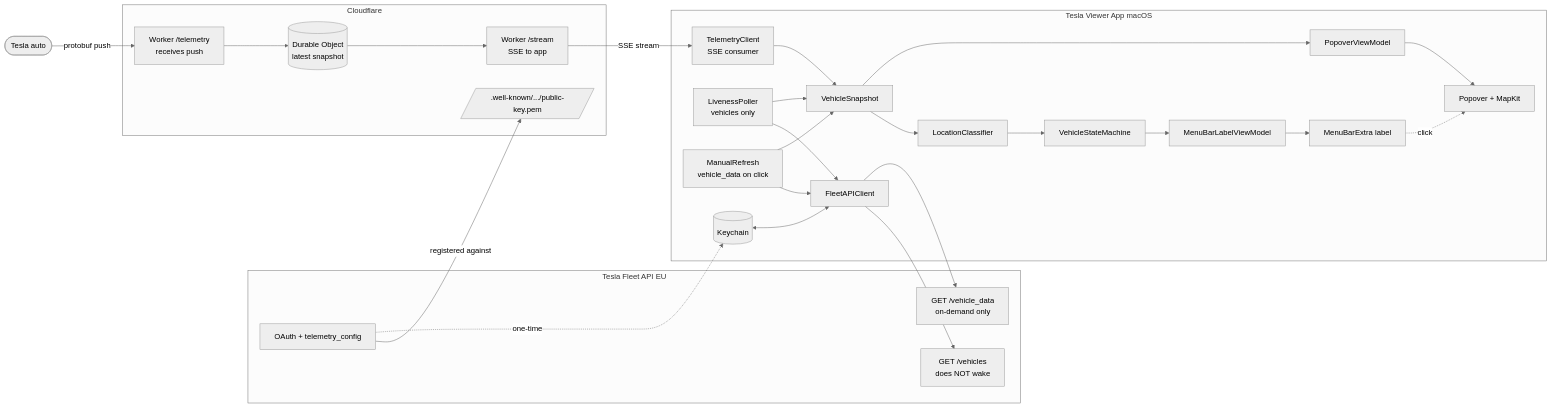
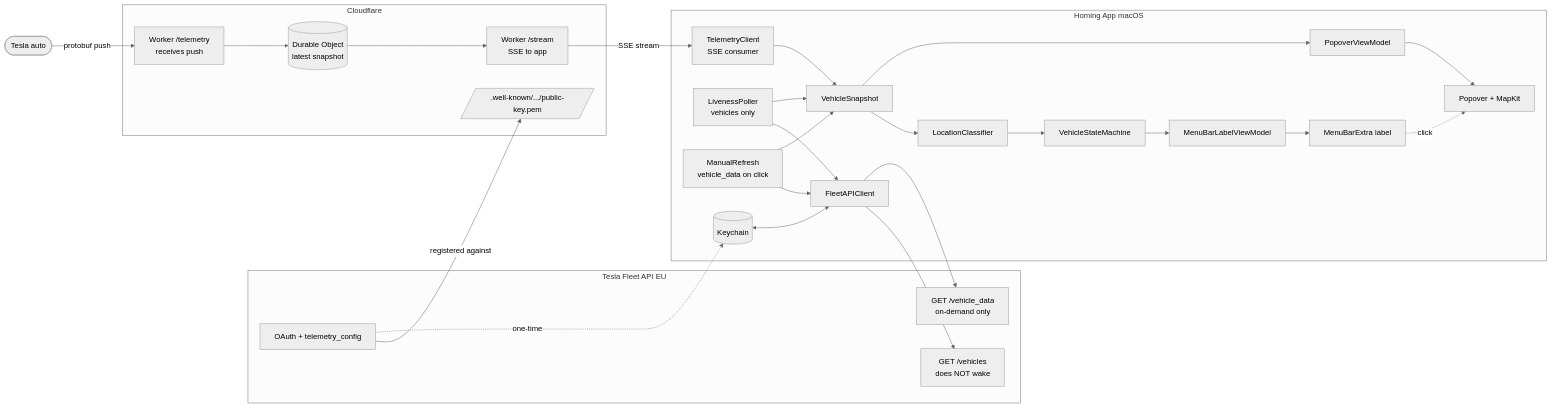
One commit to mukreb/homing changed the first of 2 diagrams in README.md. Above: the diagram before and after it, drawn with Mermaid (neutral theme). The commit also changed other lines of this file and 21 other files, not shown here.

First line of the commit message:
Phase 1 scaffold: Homing macOS menubar app (#3)

````diff
--- a/README.md
+++ b/README.md
@@ -40,48 +40,48 @@
 ```mermaid
 flowchart LR
     Car([Tesla auto])
 
     subgraph Cloud[Tesla Fleet API EU]
         VL[GET /vehicles<br/>does NOT wake]
         VD[GET /vehicle_data<br/>on-demand only]
         OAUTH[OAuth + telemetry_config]
     end
 
     subgraph CF[Cloudflare]
         KEY[/.well-known/.../public-key.pem/]
         WK[Worker /telemetry<br/>receives push]
         DO[(Durable Object<br/>latest snapshot)]
         SSE[Worker /stream<br/>SSE to app]
     end
 
-    subgraph App[Tesla Viewer App macOS]
+    subgraph App[Homing App macOS]
         TelClient[TelemetryClient<br/>SSE consumer]
         LiveCheck[LivenessPoller<br/>vehicles only]
         Refresh[ManualRefresh<br/>vehicle_data on click]
         Client[FleetAPIClient]
         Store[(Keychain)]
         Class[LocationClassifier]
         SM[VehicleStateMachine]
         Snap[VehicleSnapshot]
         MBVM[MenuBarLabelViewModel]
         PopVM[PopoverViewModel]
         MBView[MenuBarExtra label]
         PopView[Popover + MapKit]
     end
 
     Car -- protobuf push --> WK
     WK --> DO
     DO --> SSE
     SSE -- SSE stream --> TelClient
     OAUTH -- registered against --> KEY
     OAUTH -. one-time .-> Store
     Store <--> Client
     LiveCheck --> Client --> VL
     Refresh --> Client --> VD
     TelClient --> Snap
     LiveCheck --> Snap
     Refresh --> Snap
     Snap --> Class --> SM --> MBVM --> MBView
     Snap --> PopVM --> PopView
     MBView -. click .-> PopView
 ```
````
